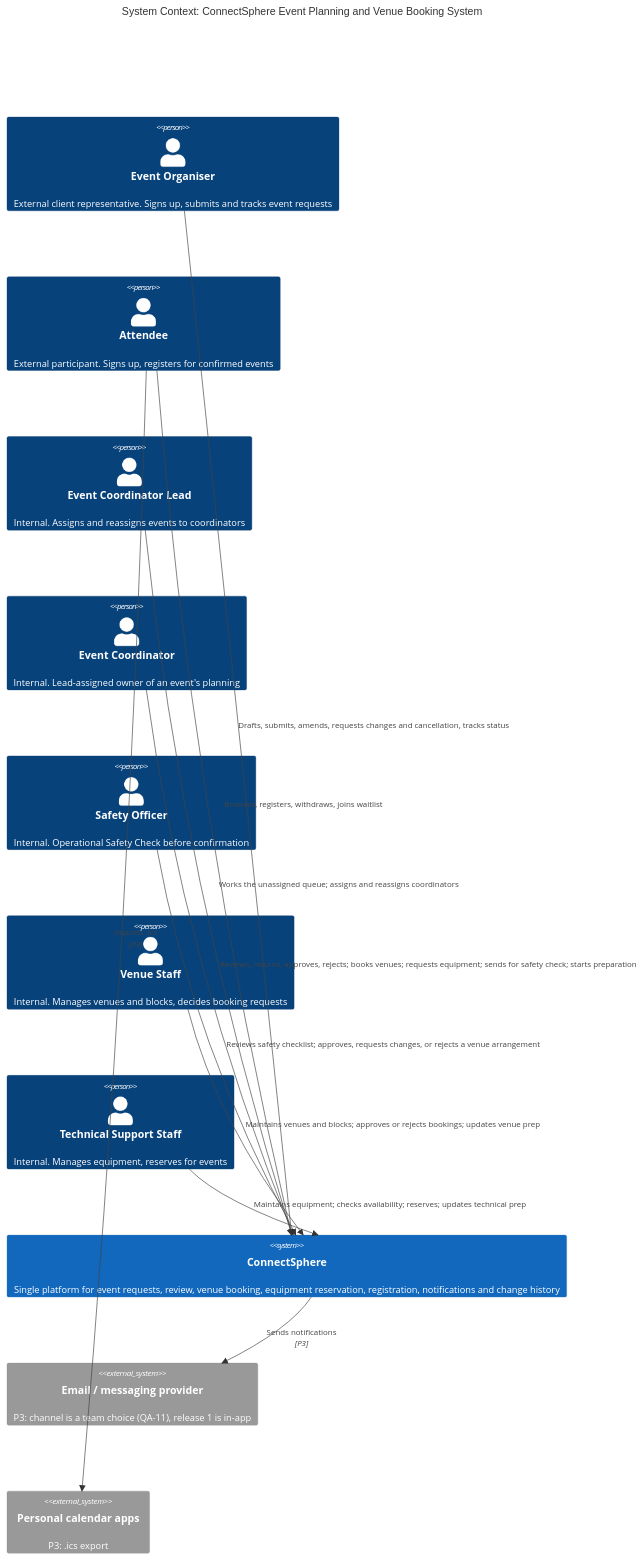
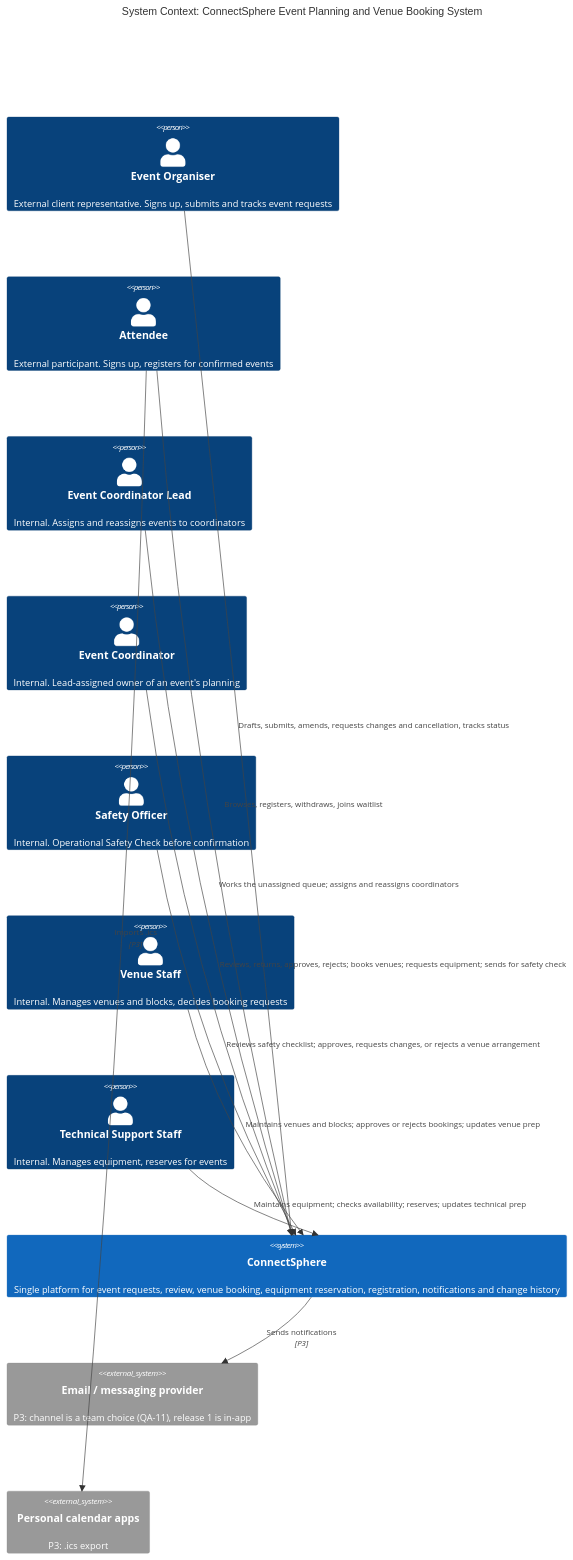
Before and after one commit to Connectsphere-SPMG8T3/ConnectSphere: the first of 7 diagrams in docs/REQUIREMENTS.md, drawn with Mermaid. The commit also changed other lines of this file and 1 other file, not shown here.

````diff
--- a/docs/REQUIREMENTS.md
+++ b/docs/REQUIREMENTS.md
@@ -126,29 +126,29 @@
 ```mermaid
 C4Context
   title System Context: ConnectSphere Event Planning and Venue Booking System
 
   Person(organiser, "Event Organiser", "External client representative. Signs up, submits and tracks event requests")
   Person(attendee, "Attendee", "External participant. Signs up, registers for confirmed events")
   Person(lead, "Event Coordinator Lead", "Internal. Assigns and reassigns events to coordinators")
   Person(coordinator, "Event Coordinator", "Internal. Lead-assigned owner of an event's planning")
   Person(safety, "Safety Officer", "Internal. Operational Safety Check before confirmation")
   Person(venueStaff, "Venue Staff", "Internal. Manages venues and blocks, decides booking requests")
   Person(techStaff, "Technical Support Staff", "Internal. Manages equipment, reserves for events")
 
   System(cs, "ConnectSphere", "Single platform for event requests, review, venue booking, equipment reservation, registration, notifications and change history")
 
   System_Ext(email, "Email / messaging provider", "P3: channel is a team choice (QA-11), release 1 is in-app")
   System_Ext(calendar, "Personal calendar apps", "P3: .ics export")
 
   Rel(organiser, cs, "Drafts, submits, amends, requests changes and cancellation, tracks status")
   Rel(lead, cs, "Works the unassigned queue; assigns and reassigns coordinators")
-  Rel(coordinator, cs, "Reviews, returns, approves, rejects; books venues; requests equipment; sends for safety check; starts preparation")
+  Rel(coordinator, cs, "Reviews, returns, approves, rejects; books venues; requests equipment; sends for safety check")
   Rel(safety, cs, "Reviews safety checklist; approves, requests changes, or rejects a venue arrangement")
   Rel(venueStaff, cs, "Maintains venues and blocks; approves or rejects bookings; updates venue prep")
   Rel(techStaff, cs, "Maintains equipment; checks availability; reserves; updates technical prep")
   Rel(attendee, cs, "Browses, registers, withdraws, joins waitlist")
   Rel(cs, email, "Sends notifications", "P3")
   Rel(attendee, calendar, "Imports .ics", "P3")
 
   UpdateLayoutConfig($c4ShapeInRow="3", $c4BoundaryInRow="1")
 ```
````
